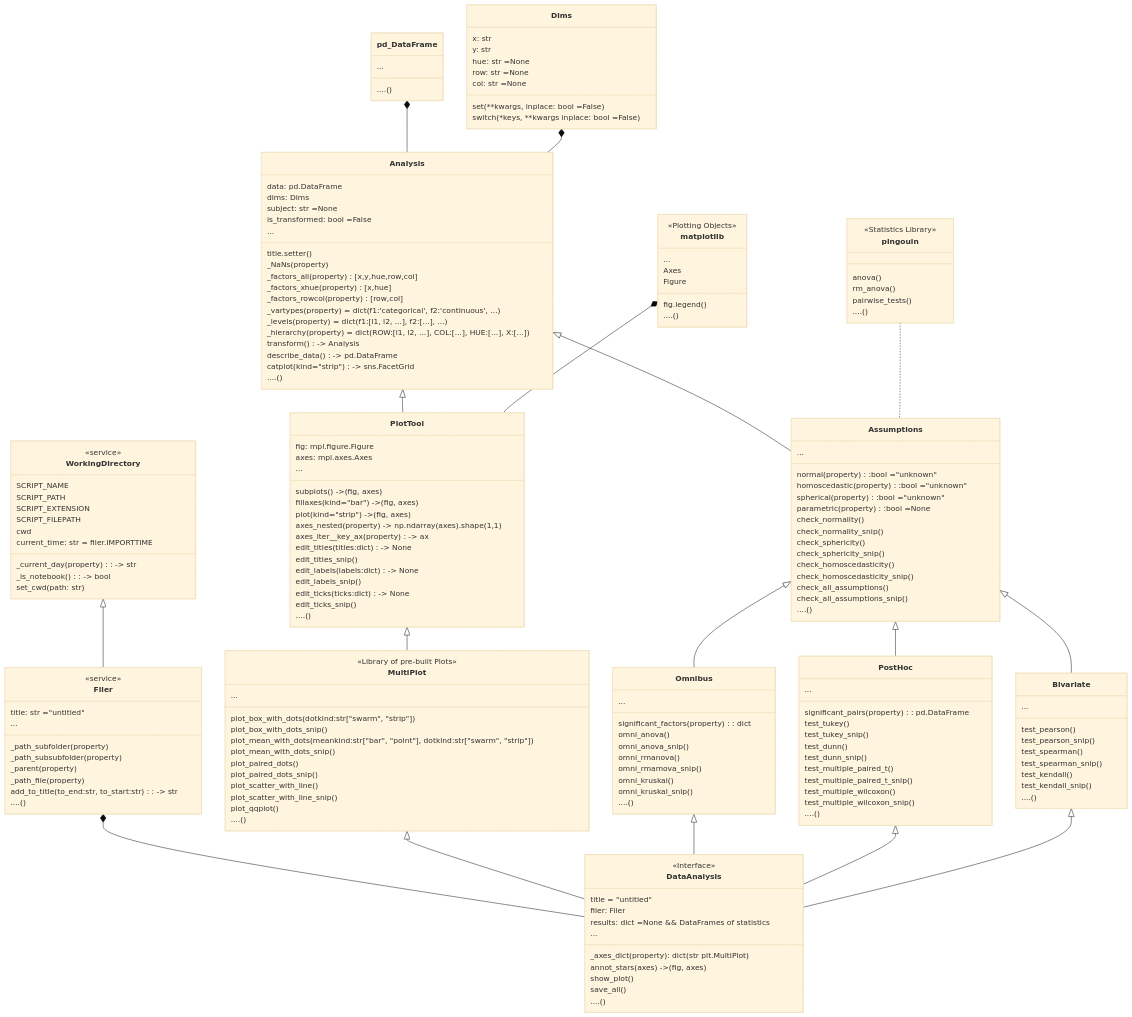
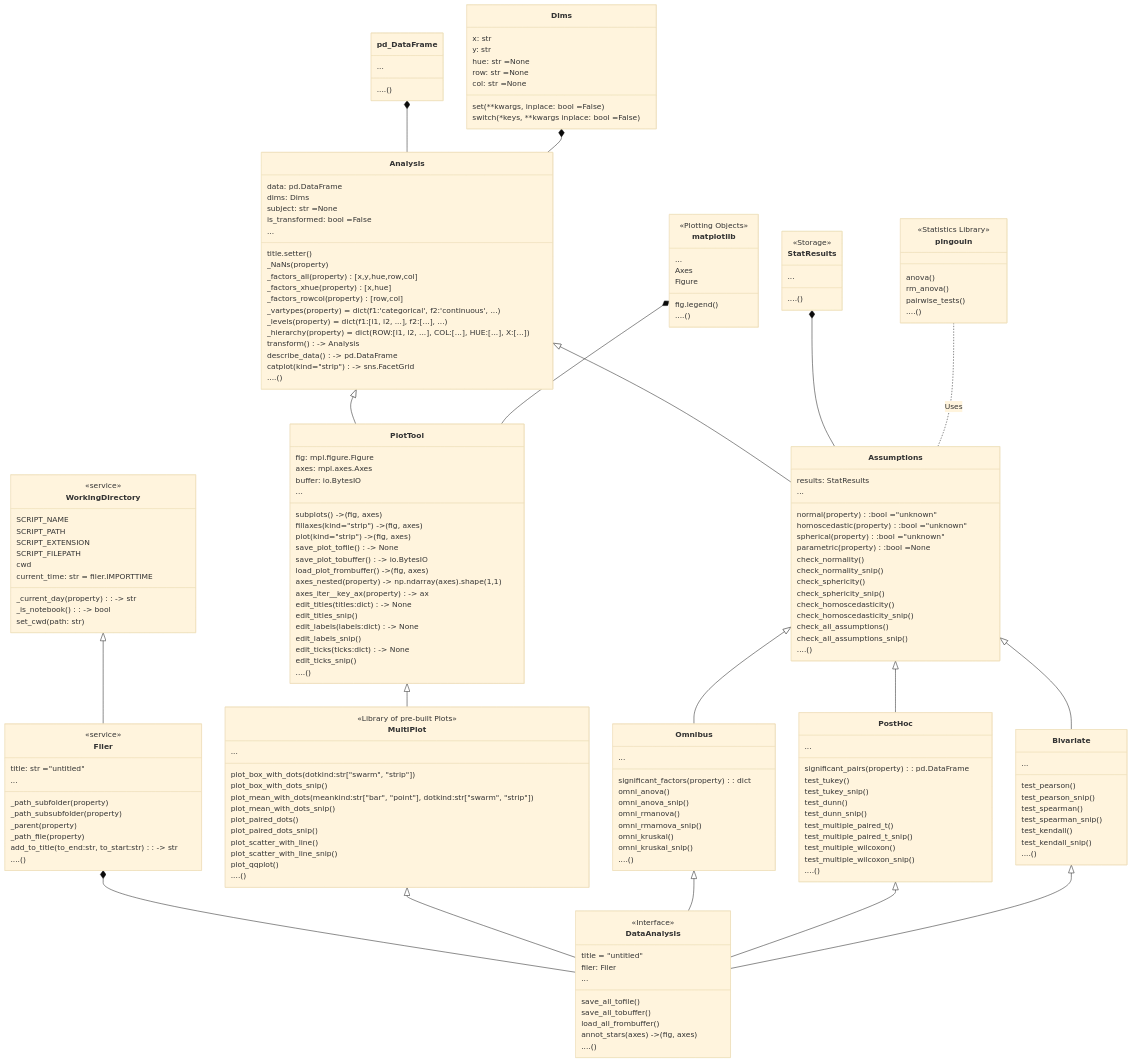
Before and after one commit to markur4/plotastic: the diagram in README.md, drawn with Mermaid (base theme). The commit also changed 6 other files, not shown here.

```diff
--- a/README.md
+++ b/README.md
@@ -133,8 +133,14 @@
       ....()
    }
 
+   class StatResults{
+      <<Storage>>
+      ...
+      ....()
+   }
 
    class Assumptions{
+      results: StatResults 
       normal(property):bool ="unknown"
       homoscedastic(property):bool ="unknown"
       spherical(property):bool ="unknown"
@@ -150,6 +156,7 @@
       check_all_assumptions_snip()
       ....()
    }
+   StatResults *-- Assumptions
 
    class Omnibus{
       ...
@@ -189,13 +196,10 @@
    Assumptions  <|-- PostHoc
    Assumptions  <|-- Omnibus
    Assumptions  <|-- Bivariate
-   pingouin .. Assumptions
-
-
+   pingouin .. Assumptions: Uses
 
 
    %% PLOTTING #......................................................................................
-
 
    class matplotlib{
       <<Plotting Objects>>
@@ -209,10 +213,15 @@
    class PlotTool{
       fig: mpl.figure.Figure
       axes: mpl.axes.Axes
+      buffer: io.BytesIO
       ...
       subplots() -> (fig, axes)
-      fillaxes(kind="bar") -> (fig, axes)
+      fillaxes(kind="strip") -> (fig, axes)
       plot(kind="strip") -> (fig, axes)
+
+      save_plot_tofile() -> None
+      save_plot_tobuffer() -> io.BytesIO
+      load_plot_frombuffer() -> (fig, axes)
 
 
       axes_nested(property) -> np.ndarray(axes).shape(1,1)
@@ -256,12 +265,13 @@
       %% FIGURES DON'T NEED TITLES, WE EDIT THEM AFTERWARDS
       title = "untitled" 
       filer: Filer 
-      results: dict =None && DataFrames of statistics
       ...
-      _axes_dict(property): dict(str plt.MultiPlot)
+      save_all_tofile()
+      save_all_tobuffer()
+      load_all_frombuffer()
+
       annot_stars(axes) -> (fig, axes)
-      show_plot()
-      save_all()
+
       ....()
    }
    click DataAnalysis href "https://github.com/markur4/plotastic/blob/main/plotastic/dataanalysis.py" "dataanalysis.py"
```
